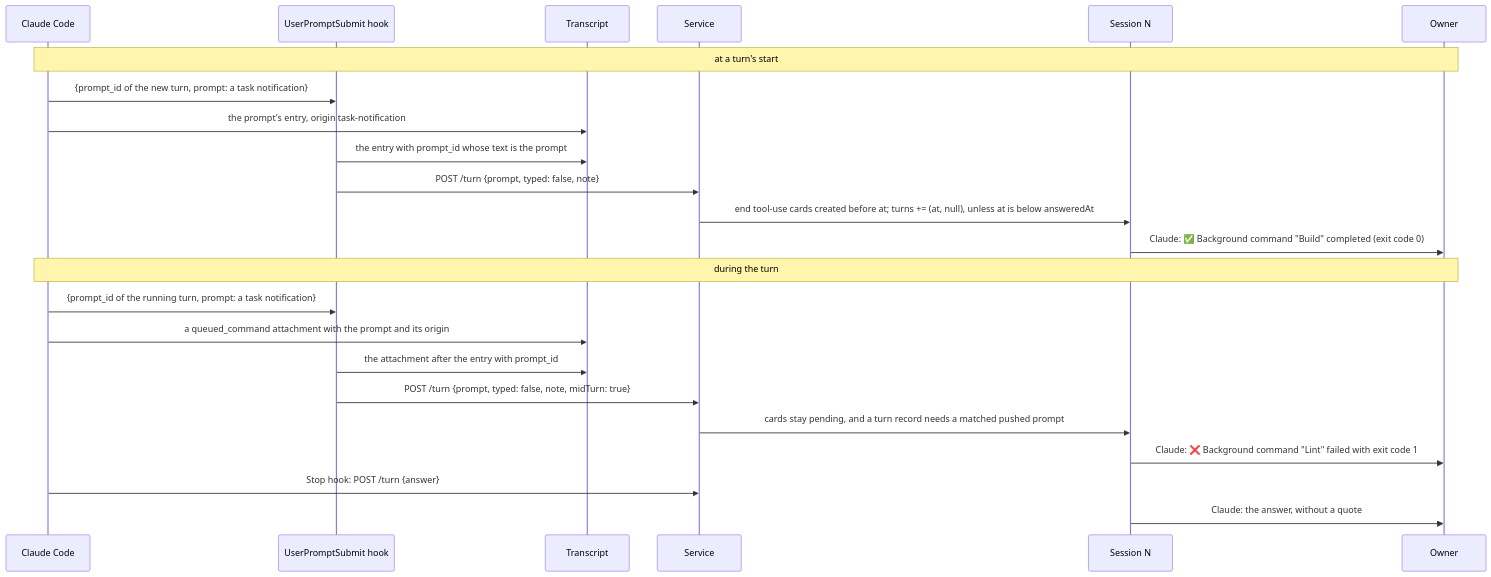
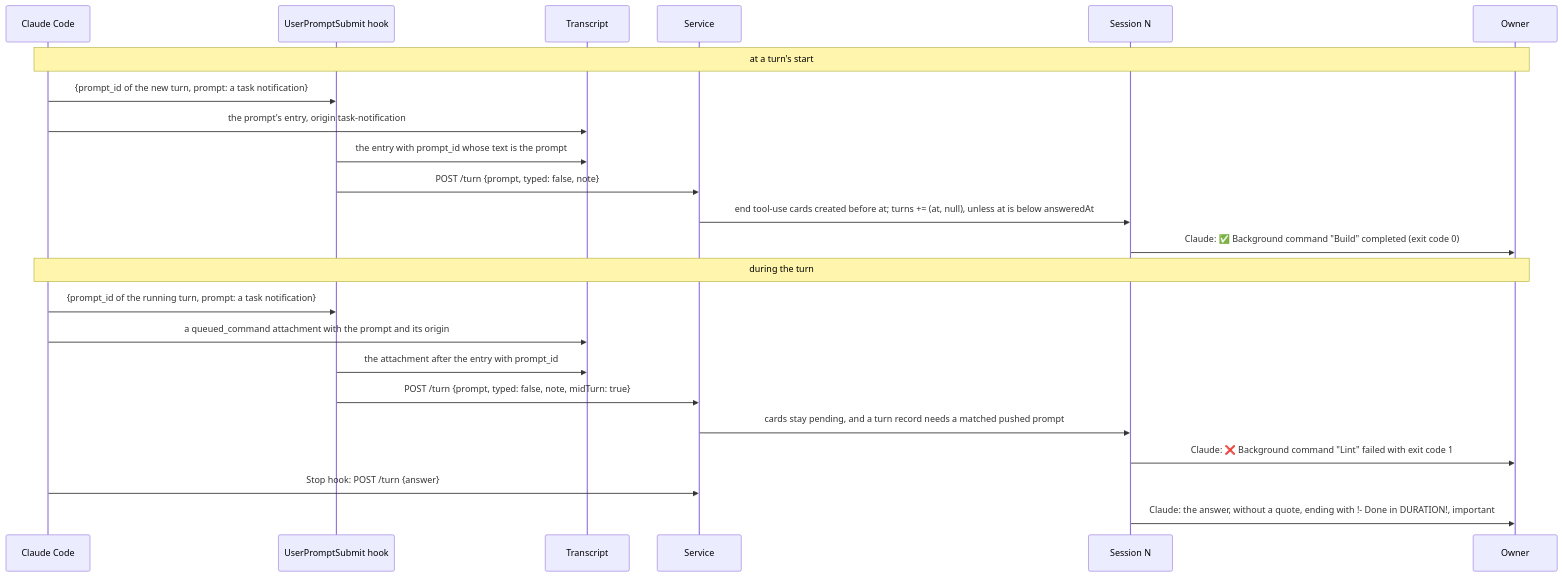
Diagram 31 of 39 in packages/simplex-chat-mcp/spec/flows.md (Narasimha-sc/simplex-chat), drawn with Mermaid before and after one commit. The commit also changed other lines of this file and 170 other files, not shown here.

````diff
--- a/packages/simplex-chat-mcp/spec/flows.md
+++ b/packages/simplex-chat-mcp/spec/flows.md
@@ -1414,25 +1446,25 @@
 ```mermaid
 sequenceDiagram
   participant CC as Claude Code
   participant HK as UserPromptSubmit hook
   participant T as Transcript
   participant D as Service
   participant N as Session N
   participant O as Owner
   Note over CC,O: at a turn's start
   CC->>HK: {prompt_id of the new turn, prompt: a task notification}
   CC->>T: the prompt's entry, origin task-notification
   HK->>T: the entry with prompt_id whose text is the prompt
   HK->>D: POST /turn {prompt, typed: false, note}
   D->>N: end tool-use cards created before at#59; turns += (at, null), unless at is below answeredAt
   N->>O: Claude: ✅ Background command "Build" completed (exit code 0)
   Note over CC,O: during the turn
   CC->>HK: {prompt_id of the running turn, prompt: a task notification}
   CC->>T: a queued_command attachment with the prompt and its origin
   HK->>T: the attachment after the entry with prompt_id
   HK->>D: POST /turn {prompt, typed: false, note, midTurn: true}
   D->>N: cards stay pending, and a turn record needs a matched pushed prompt
   N->>O: Claude: ❌ Background command "Lint" failed with exit code 1
   CC->>D: Stop hook: POST /turn {answer}
-  N->>O: Claude: the answer, without a quote
+  N->>O: Claude: the answer, without a quote, ending with !- Done in DURATION!, important
 ```
````
